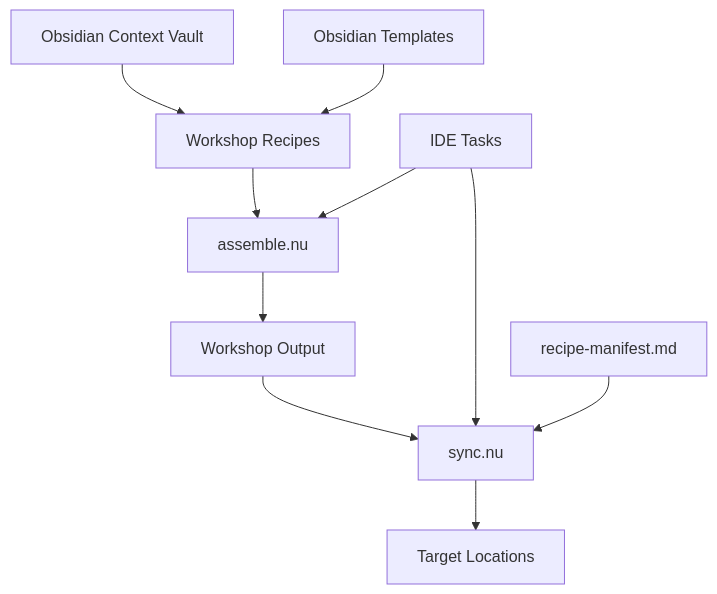
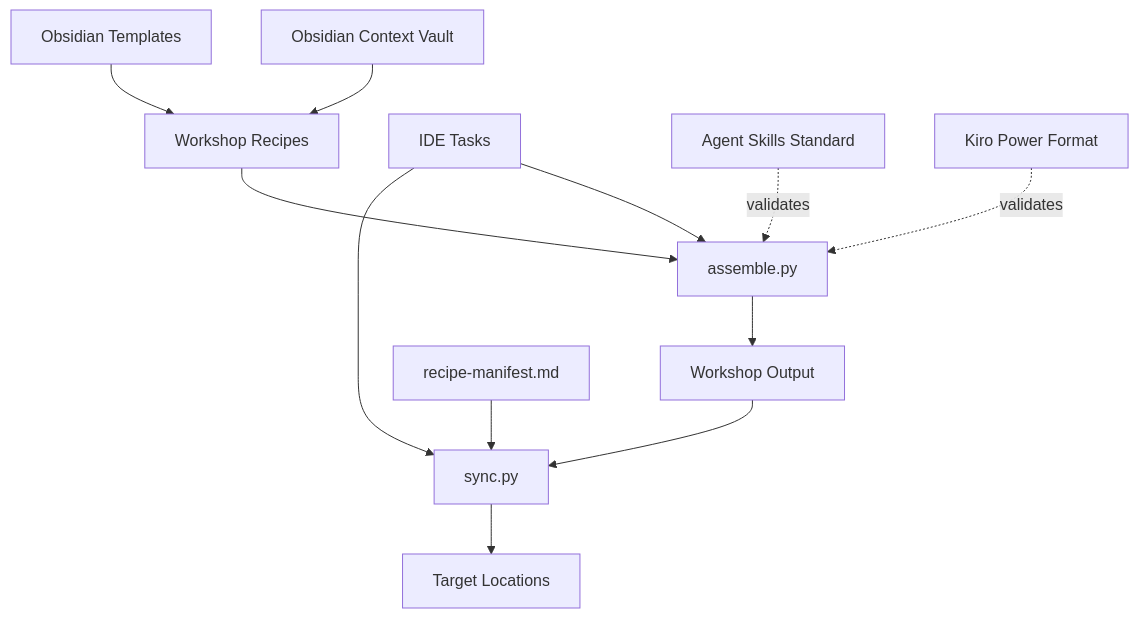
The diagram in .kiro/specs/context-management/design.md (SyntaxAsSpiral/zk-context-vault), drawn with Mermaid before and after one commit. The commit also changed other lines of this file and 15 other files, not shown here.

First line of the commit message:
feat(skills): Add catppuccin theming power and standardize skill/power formats

````diff
--- a/.kiro/specs/context-management/design.md
+++ b/.kiro/specs/context-management/design.md
@@ -9,14 +9,17 @@
 ```mermaid
 graph TD
     A[Obsidian Context Vault] --> B[Workshop Recipes]
-    B --> C[assemble.nu]
+    B --> C[assemble.py]
     C --> D[Workshop Output]
-    D --> E[sync.nu]
+    D --> E[sync.py]
     E --> F[Target Locations]
     
     G[IDE Tasks] --> C
     G --> E
     
     H[recipe-manifest.md] --> E
     I[Obsidian Templates] --> B
+    
+    J[Agent Skills Standard] -.validates.-> C
+    K[Kiro Power Format] -.validates.-> C
 ```
````
